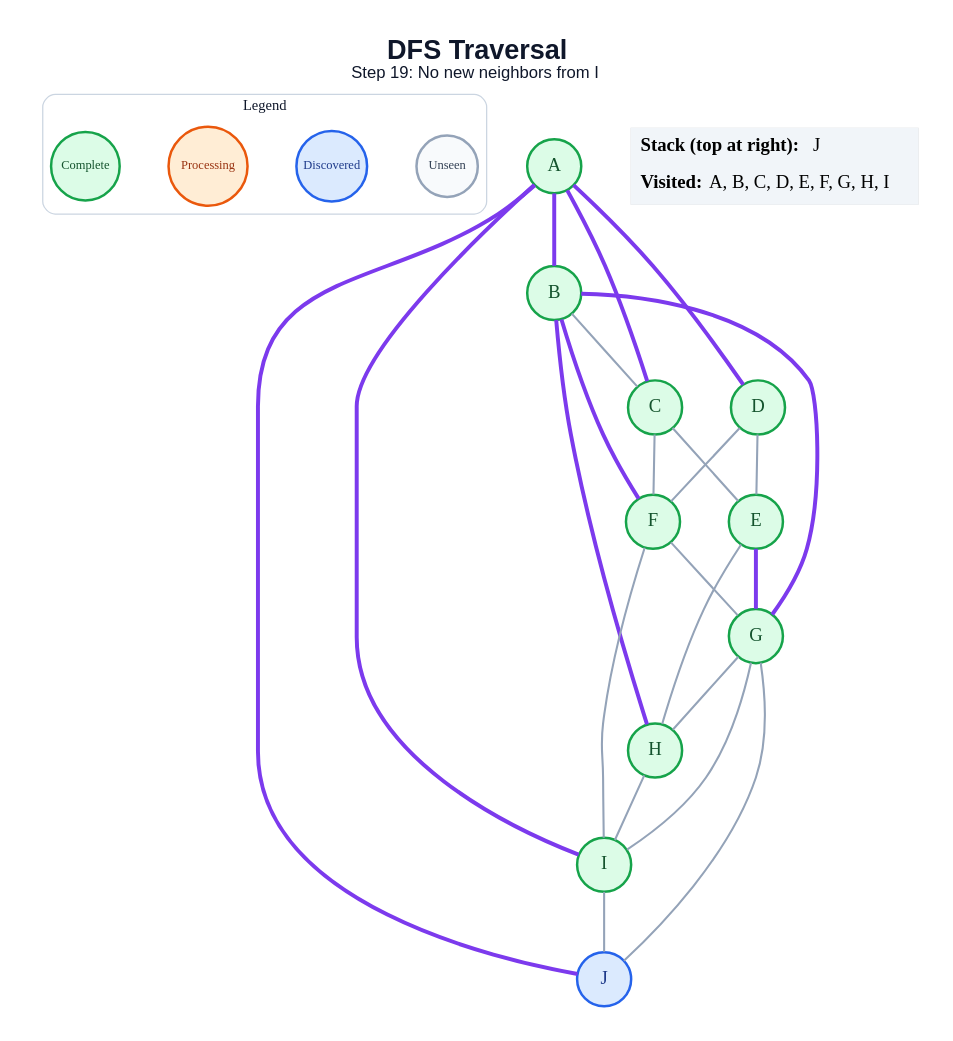
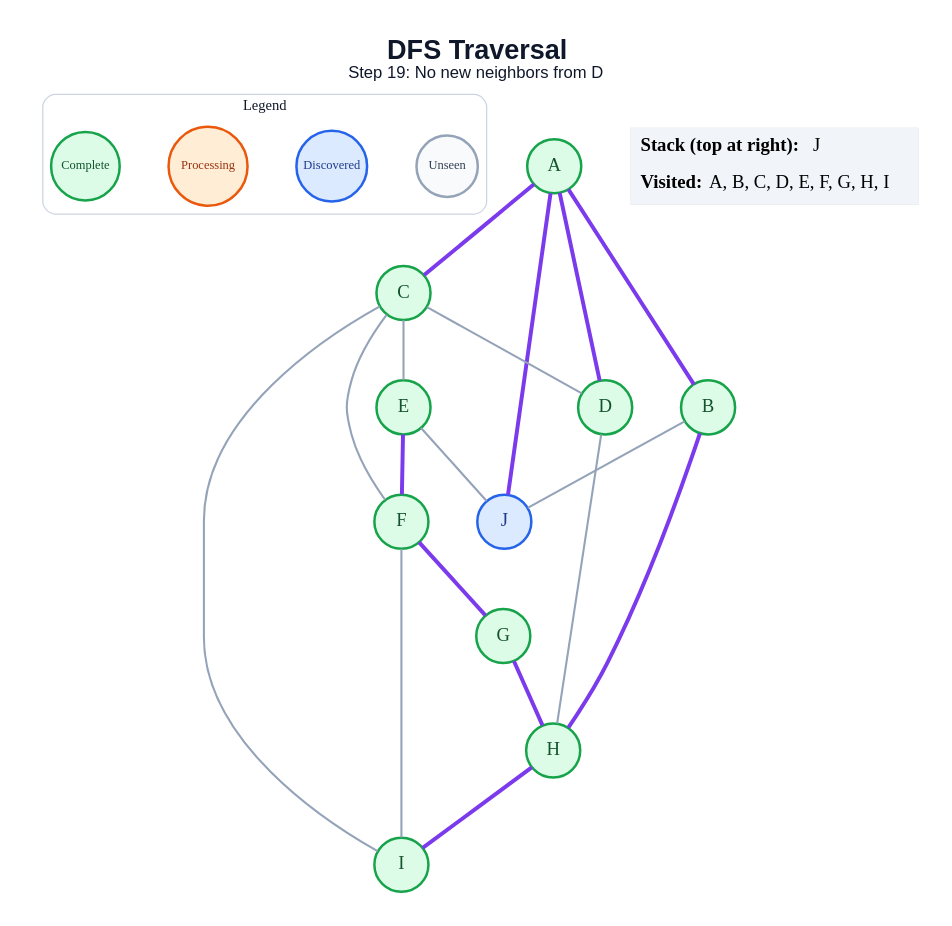
Before and after one commit to amanghodawala9/ai-slop: the diagram in generated/dfs/step_19.dot, drawn with Graphviz. The commit also changed 178 other files, not shown here.

```diff
--- a/generated/dfs/step_19.dot
+++ b/generated/dfs/step_19.dot
@@ -1,51 +1,46 @@
 graph traversal {
   graph [layout=dot, rankdir=TB, bgcolor="#FFFFFF", pad="0.35", nodesep="0.65", ranksep="0.8", fontname="Arial"];
   node [shape=circle, style="filled", fontname="Arial Bold", fontsize=18, width=0.72, fixedsize=true, penwidth=2.4];
   edge [color="#94A3B8", penwidth=2.0];
-  label=<<B>DFS Traversal</B><BR/><FONT POINT-SIZE="16">Step 19: No new neighbors from I</FONT>>; labelloc="t"; fontsize=26; fontname="Arial"; fontcolor="#0F172A";
+  label=<<B>DFS Traversal</B><BR/><FONT POINT-SIZE="16">Step 19: No new neighbors from D</FONT>>; labelloc="t"; fontsize=26; fontname="Arial"; fontcolor="#0F172A";
   subgraph cluster_legend { label="Legend"; color="#CBD5E1"; penwidth=1.2; style="rounded"; fontsize=14; fontname="Arial Bold";
     key_unseen [label="Unseen", fillcolor="#F8FAFC", color="#94A3B8", fontcolor="#334155", fontsize=12, width=0.82];
     key_frontier [label="Discovered", fillcolor="#DBEAFE", color="#2563EB", fontcolor="#1E3A8A", fontsize=12, width=0.95];
     key_current [label="Processing", fillcolor="#FFEDD5", color="#EA580C", fontcolor="#9A3412", fontsize=12, width=1.05];
     key_done [label="Complete", fillcolor="#DCFCE7", color="#16A34A", fontcolor="#14532D", fontsize=12, width=0.92];
     { rank=same; key_unseen; key_frontier; key_current; key_done; }
   }
   A [fillcolor="#DCFCE7", color="#16A34A", fontcolor="#14532D"];
   B [fillcolor="#DCFCE7", color="#16A34A", fontcolor="#14532D"];
   C [fillcolor="#DCFCE7", color="#16A34A", fontcolor="#14532D"];
   D [fillcolor="#DCFCE7", color="#16A34A", fontcolor="#14532D"];
   E [fillcolor="#DCFCE7", color="#16A34A", fontcolor="#14532D"];
   F [fillcolor="#DCFCE7", color="#16A34A", fontcolor="#14532D"];
   G [fillcolor="#DCFCE7", color="#16A34A", fontcolor="#14532D"];
   H [fillcolor="#DCFCE7", color="#16A34A", fontcolor="#14532D"];
   I [fillcolor="#DCFCE7", color="#16A34A", fontcolor="#14532D"];
   J [fillcolor="#DBEAFE", color="#2563EB", fontcolor="#1E3A8A"];
   A -- B [color="#7C3AED", penwidth=3.8];
   A -- C [color="#7C3AED", penwidth=3.8];
   A -- D [color="#7C3AED", penwidth=3.8];
-  A -- I [color="#7C3AED", penwidth=3.8];
   A -- J [color="#7C3AED", penwidth=3.8];
-  B -- C;
-  B -- F [color="#7C3AED", penwidth=3.8];
-  B -- G [color="#7C3AED", penwidth=3.8];
   B -- H [color="#7C3AED", penwidth=3.8];
+  B -- J;
+  C -- D;
   C -- E;
   C -- F;
-  D -- E;
-  D -- F;
-  E -- G [color="#7C3AED", penwidth=3.8];
-  E -- H;
-  F -- G;
+  C -- I;
+  D -- H;
+  E -- F [color="#7C3AED", penwidth=3.8];
+  E -- J;
+  F -- G [color="#7C3AED", penwidth=3.8];
   F -- I;
-  G -- H;
-  G -- I;
-  G -- J;
-  H -- I;
-  I -- J;
+  G -- H [color="#7C3AED", penwidth=3.8];
+  H -- I [color="#7C3AED", penwidth=3.8];
   status [shape=plain, fixedsize=false, width=0, height=0, margin=0, label=<
     <TABLE BORDER="0" CELLBORDER="0" CELLPADDING="7" BGCOLOR="#F1F5F9">
       <TR><TD ALIGN="LEFT"><B>Stack (top at right):</B> J</TD></TR>
       <TR><TD ALIGN="LEFT"><B>Visited:</B> A, B, C, D, E, F, G, H, I</TD></TR>
     </TABLE>
   >];
 }
```
